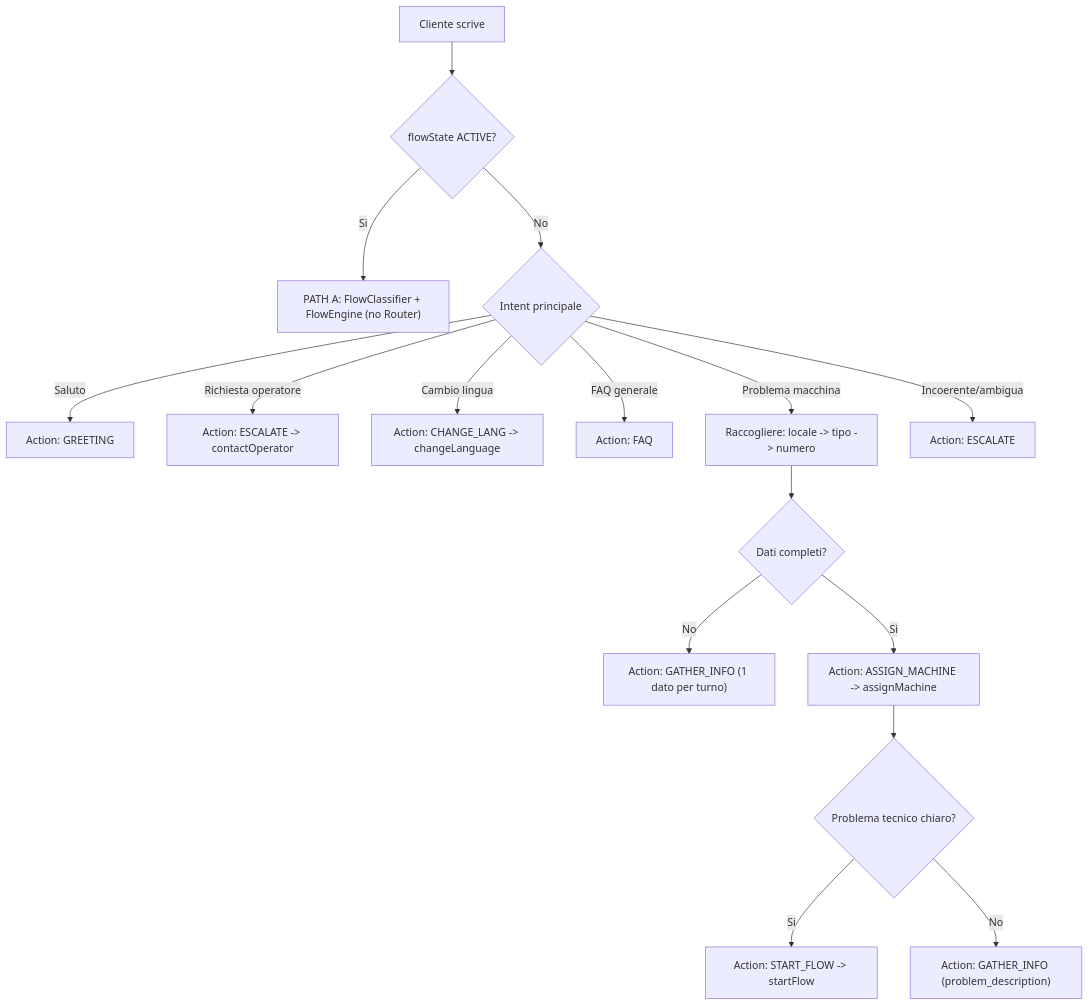
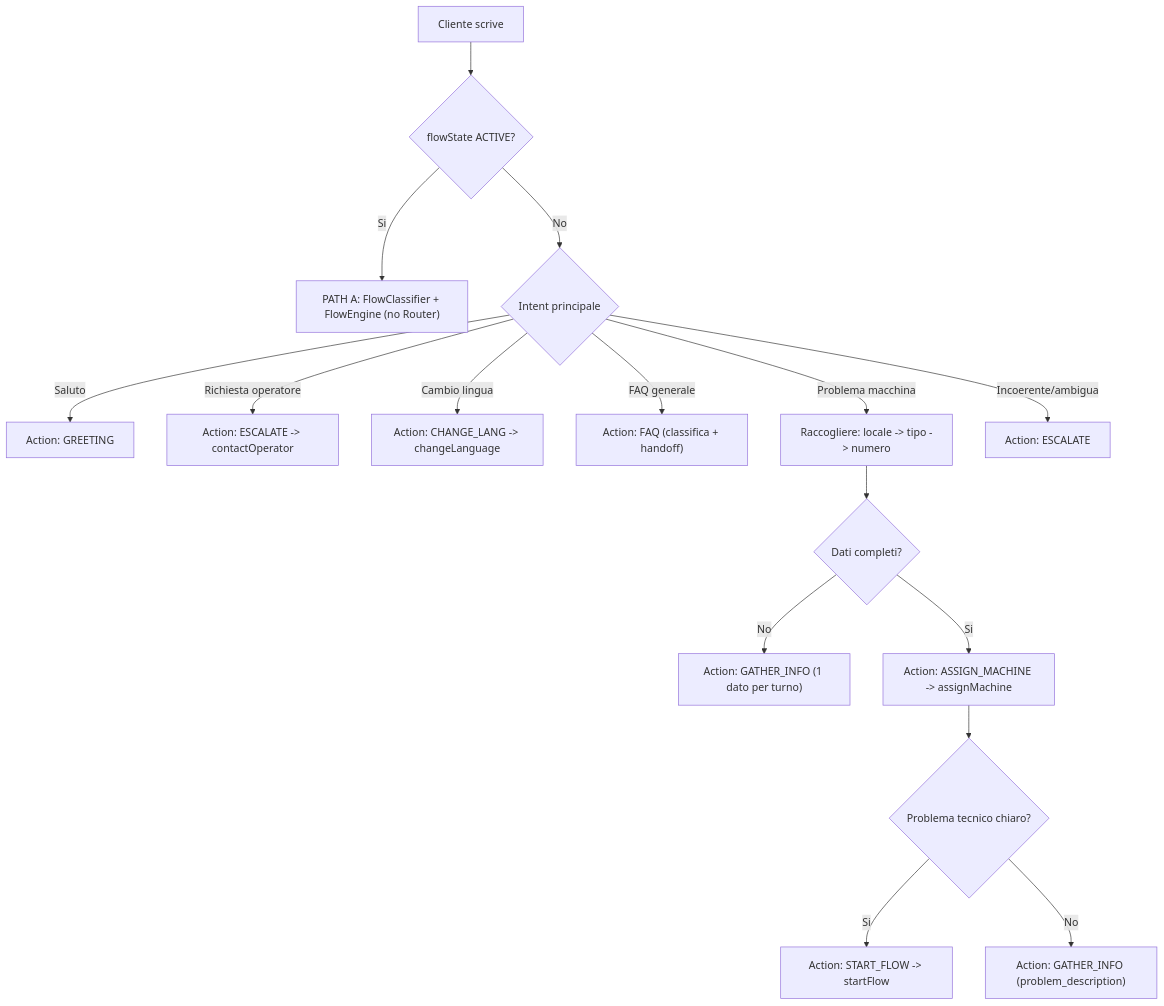
Before and after one commit to gelsogrove/shopMeNow: the diagram in docs/cliente-0/flows/flow1-router.md, drawn with Mermaid. The commit also changed other lines of this file and 5 other files, not shown here.

First line of the commit message:
Enhance flow documentation for cliente-0

````diff
--- a/docs/cliente-0/flows/flow1-router.md
+++ b/docs/cliente-0/flows/flow1-router.md
@@ -70,23 +72,23 @@
 ```mermaid
 flowchart TD
 
 START["Cliente scrive"] --> ACTIVE{"flowState ACTIVE?"}
 
 ACTIVE -->|Si| A_PATH["PATH A: FlowClassifier + FlowEngine (no Router)"]
 ACTIVE -->|No| INTENT{"Intent principale"}
 
 INTENT -->|Saluto| GREETING["Action: GREETING"]
 INTENT -->|Richiesta operatore| ESC1["Action: ESCALATE -> contactOperator"]
 INTENT -->|Cambio lingua| LANG["Action: CHANGE_LANG -> changeLanguage"]
-INTENT -->|FAQ generale| FAQ["Action: FAQ"]
+INTENT -->|FAQ generale| FAQ["Action: FAQ (classifica + handoff)"]
 INTENT -->|Problema macchina| GATHER
 INTENT -->|Incoerente/ambigua| ESC2["Action: ESCALATE"]
 
 GATHER["Raccogliere: locale -> tipo -> numero"] --> COMPLETE{"Dati completi?"}
 COMPLETE -->|No| ASK_MISSING["Action: GATHER_INFO (1 dato per turno)"]
 COMPLETE -->|Si| ASSIGN["Action: ASSIGN_MACHINE -> assignMachine"]
 
 ASSIGN --> ISSUE{"Problema tecnico chiaro?"}
 ISSUE -->|Si| STARTF["Action: START_FLOW -> startFlow"]
 ISSUE -->|No| ASK_PROBLEM["Action: GATHER_INFO (problem_description)"]
 ```
````
